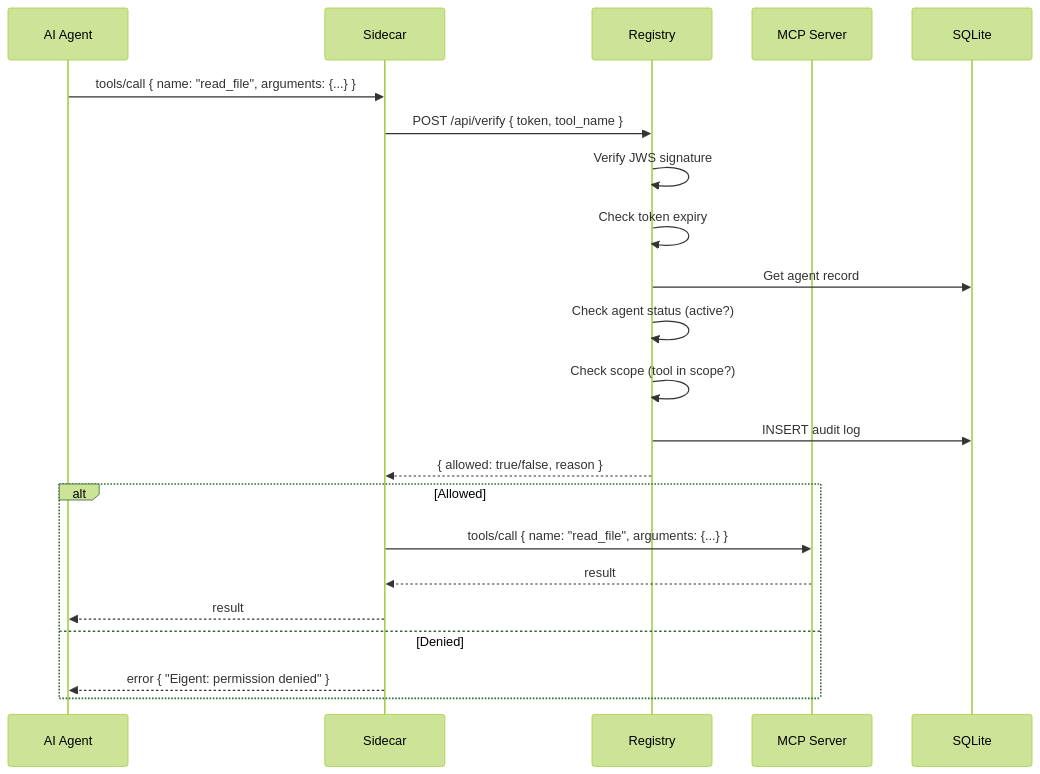
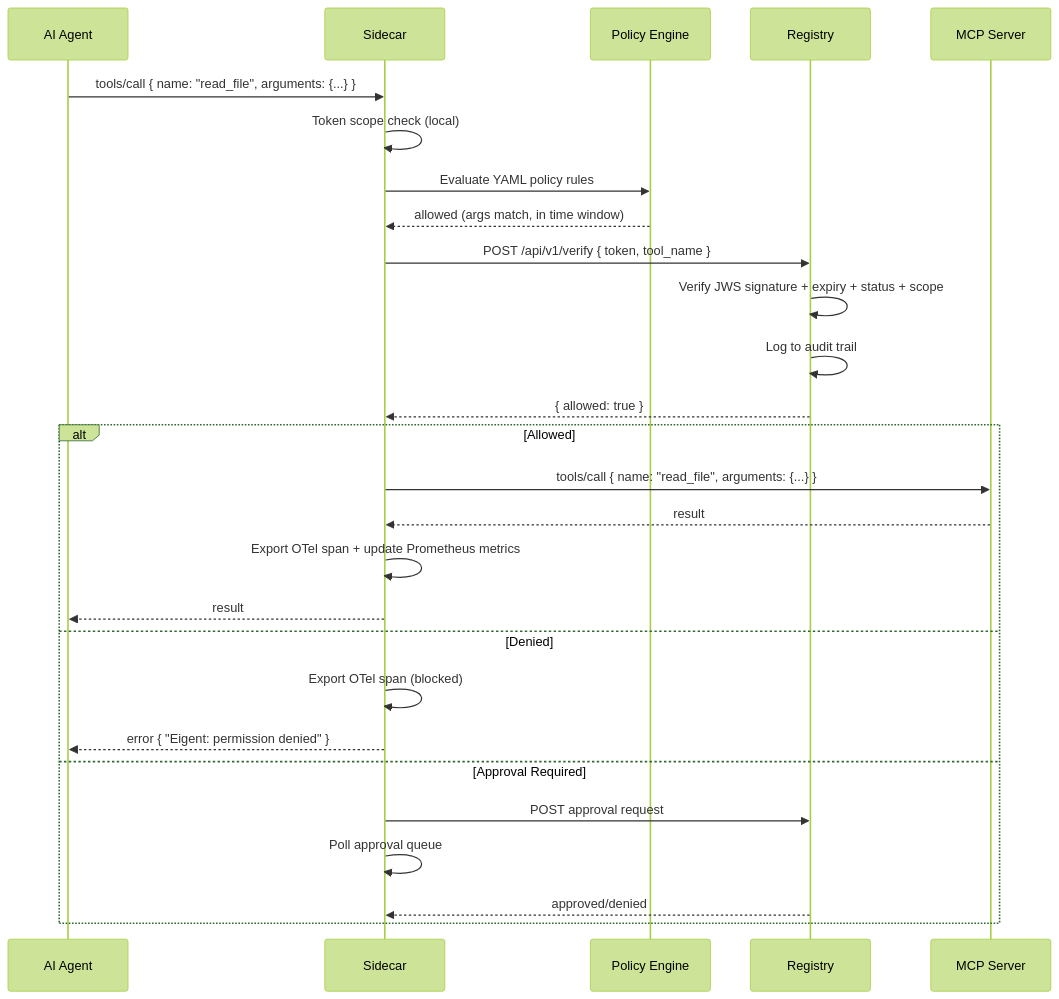
The fourth of 6 diagrams in mkdocs-docs/architecture/system-design.md (saichandrasekhar/Eigent), drawn with Mermaid (forest theme) before and after one commit. The commit also changed other lines of this file and 13 other files, not shown here.

````diff
--- a/mkdocs-docs/architecture/system-design.md
+++ b/mkdocs-docs/architecture/system-design.md
@@ -223,26 +321,31 @@
 ```mermaid
 sequenceDiagram
     participant A as AI Agent
     participant S as Sidecar
+    participant P as Policy Engine
     participant R as Registry
     participant M as MCP Server
-    participant DB as SQLite
 
     A->>S: tools/call { name: "read_file", arguments: {...} }
-    S->>R: POST /api/verify { token, tool_name }
-    R->>R: Verify JWS signature
-    R->>R: Check token expiry
-    R->>DB: Get agent record
-    R->>R: Check agent status (active?)
-    R->>R: Check scope (tool in scope?)
-    R->>DB: INSERT audit log
-    R-->>S: { allowed: true/false, reason }
+    S->>S: Token scope check (local)
+    S->>P: Evaluate YAML policy rules
+    P-->>S: allowed (args match, in time window)
+    S->>R: POST /api/v1/verify { token, tool_name }
+    R->>R: Verify JWS signature + expiry + status + scope
+    R->>R: Log to audit trail
+    R-->>S: { allowed: true }
 
     alt Allowed
         S->>M: tools/call { name: "read_file", arguments: {...} }
         M-->>S: result
+        S->>S: Export OTel span + update Prometheus metrics
         S-->>A: result
     else Denied
+        S->>S: Export OTel span (blocked)
         S-->>A: error { "Eigent: permission denied" }
+    else Approval Required
+        S->>R: POST approval request
+        S->>S: Poll approval queue
+        R-->>S: approved/denied
     end
 ```
````
